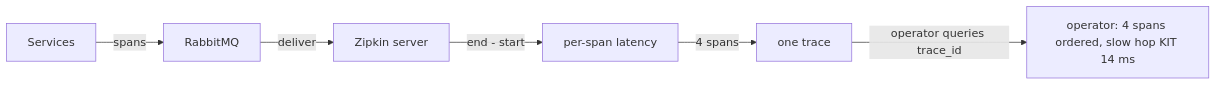
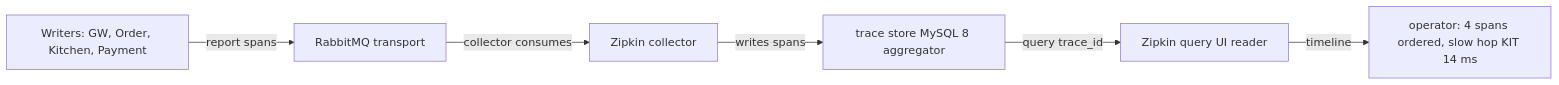
Before and after one commit to vinayakuber/microservices-io-study-guide: the seventh of 9 diagrams in docs/ch33-distributed-tracing.md, drawn with Mermaid. The commit also changed other lines of this file and 7 other files, not shown here.

First line of the commit message:
ch33: trace the writer→transport→collector→aggregator→reader pipeline; add R15 gate

````diff
--- a/docs/ch33-distributed-tracing.md
+++ b/docs/ch33-distributed-tracing.md
@@ -349,8 +354,8 @@
 ```mermaid
 flowchart LR
-  S["Services"] -->|"spans"| B["RabbitMQ"]
-  B -->|"deliver"| Z["Zipkin server"]
-  Z -->|"end - start"| L["per-span latency"]
-  L -->|"4 spans"| T["one trace"]
-  T -->|"operator queries trace_id"| O["operator: 4 spans ordered, slow hop KIT 14 ms"]
+  W["Writers: GW, Order, Kitchen, Payment"] -->|"report spans"| T["RabbitMQ transport"]
+  T -->|"collector consumes"| C["Zipkin collector"]
+  C -->|"writes spans"| A["trace store MySQL 8 aggregator"]
+  A -->|"query trace_id"| Q["Zipkin query UI reader"]
+  Q -->|"timeline"| O["operator: 4 spans ordered, slow hop KIT 14 ms"]
 ```
````
